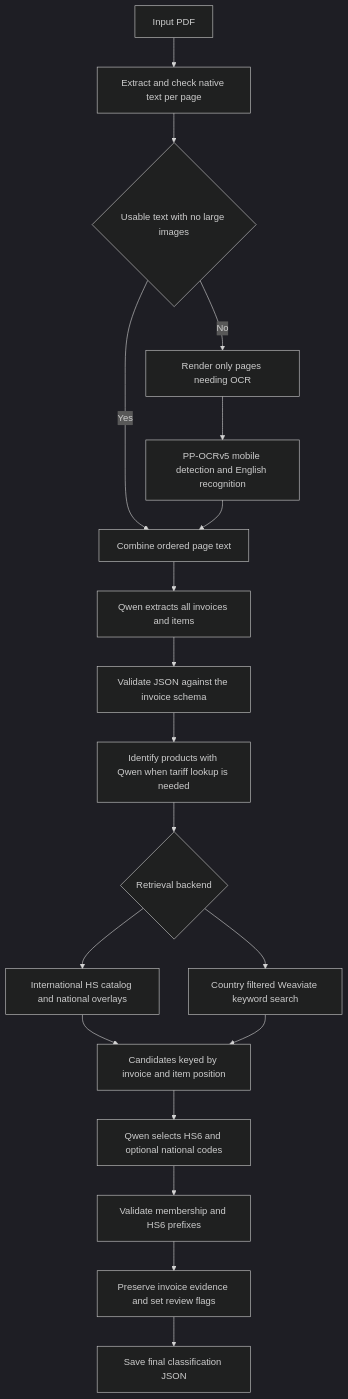
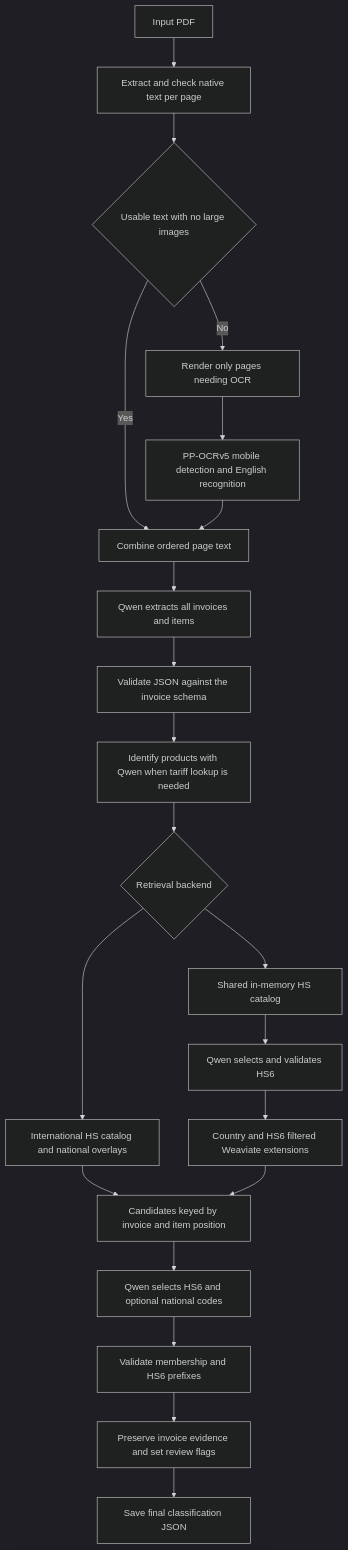
The diagram in AI/README.md (Bugslogger/ocr-ai), drawn with Mermaid (dark theme) before and after one commit. The commit also changed other lines of this file and 7 other files, not shown here.

````diff
--- a/AI/README.md
+++ b/AI/README.md
@@ -9,21 +9,23 @@
 ```mermaid
 flowchart TD
     A[Input PDF] --> T[Extract and check native text per page]
     T --> U{Usable text with no large images}
     U -->|Yes| D[Combine ordered page text]
     U -->|No| B[Render only pages needing OCR]
     B --> C[PP-OCRv5 mobile detection and English recognition]
     C --> D
     D --> E[Qwen extracts all invoices and items]
     E --> F[Validate JSON against the invoice schema]
     F --> P[Identify products with Qwen when tariff lookup is needed]
     P --> G{Retrieval backend}
     G --> H[International HS catalog and national overlays]
-    G --> I[Country filtered Weaviate keyword search]
+    G --> I[Shared in-memory HS catalog]
+    I --> S[Qwen selects and validates HS6]
+    S --> W[Country and HS6 filtered Weaviate extensions]
     H --> J[Candidates keyed by invoice and item position]
-    I --> J
+    W --> J
     J --> K[Qwen selects HS6 and optional national codes]
     K --> L[Validate membership and HS6 prefixes]
     L --> M[Preserve invoice evidence and set review flags]
     M --> N[Save final classification JSON]
 ```
````
